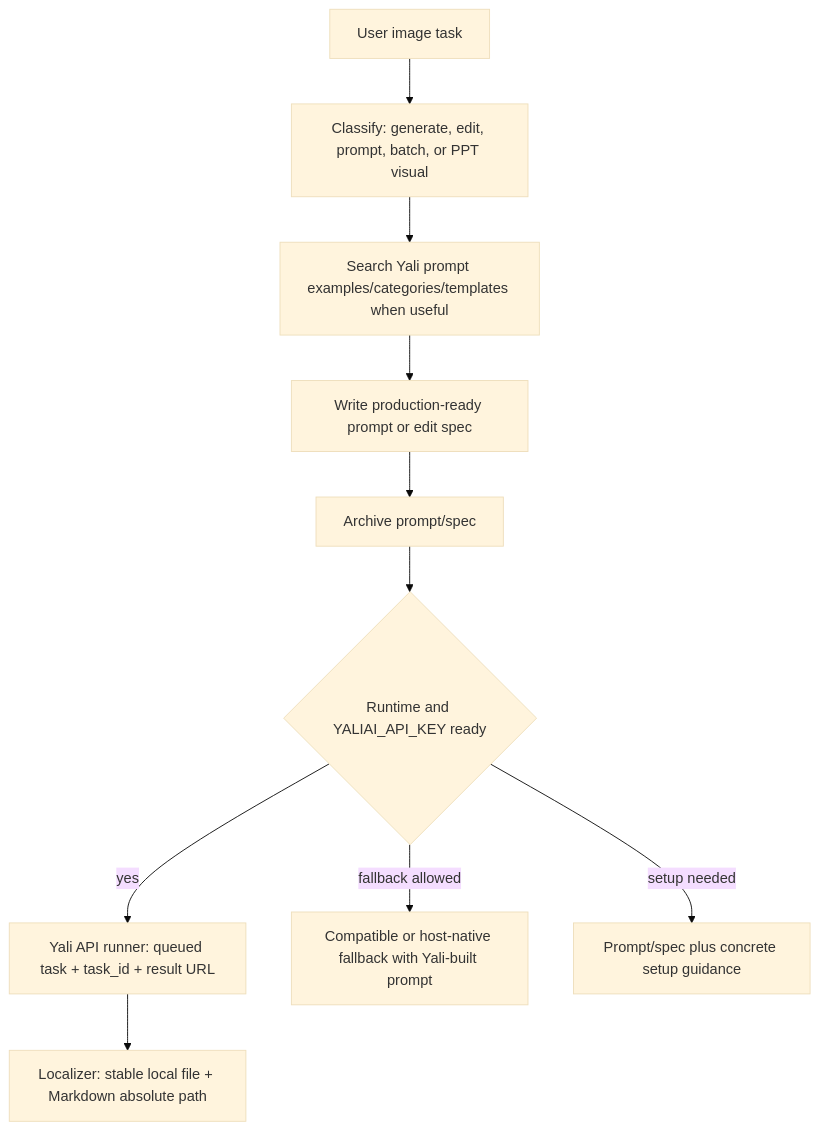
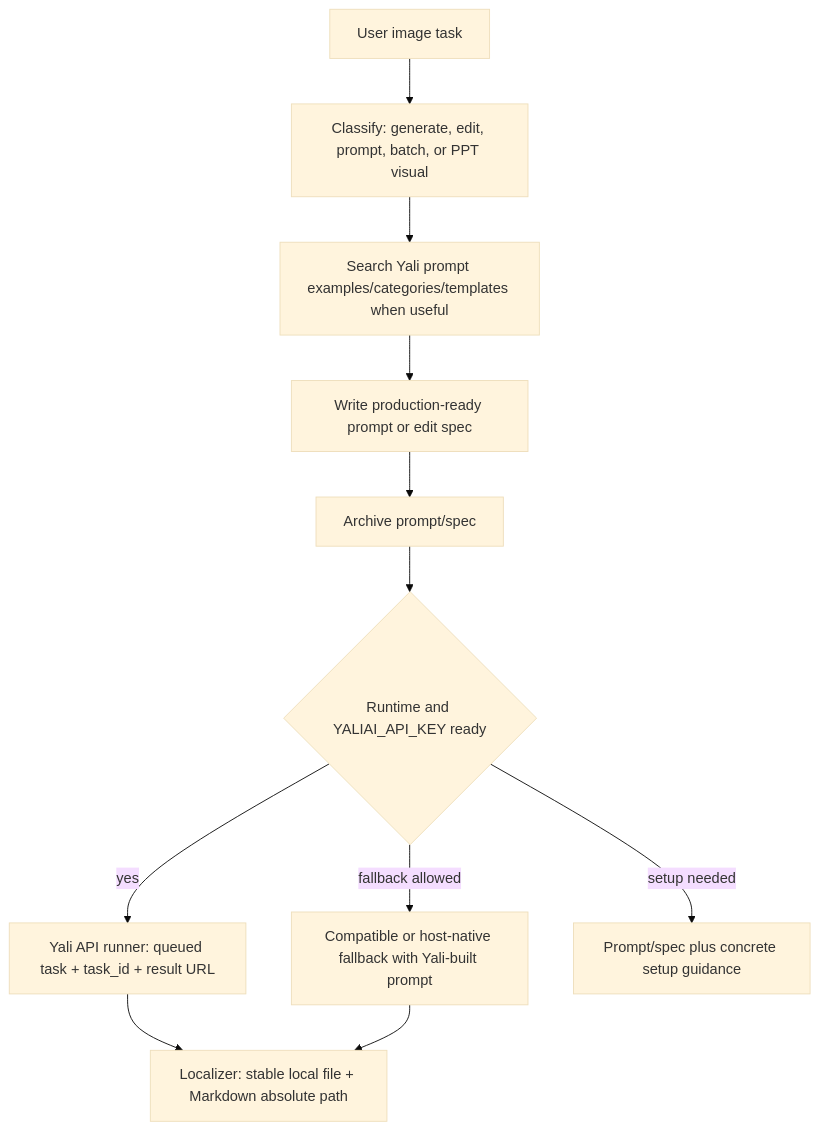
Before and after one commit to pptt121212/yaliai-gpt-image-2-inspiration: the diagram in README.md, drawn with Mermaid (base theme). The commit also changed other lines of this file and 13 other files, not shown here.

````diff
--- a/README.md
+++ b/README.md
@@ -144,12 +144,13 @@
 ```mermaid
 flowchart TD
   A["User image task"] --> B["Classify: generate, edit, prompt, batch, or PPT visual"]
   B --> C["Search Yali prompt examples/categories/templates when useful"]
   C --> D["Write production-ready prompt or edit spec"]
   D --> E["Archive prompt/spec"]
   E --> F{"Runtime and YALIAI_API_KEY ready"}
   F -->|yes| G["Yali API runner: queued task + task_id + result URL"]
   G --> H["Localizer: stable local file + Markdown absolute path"]
   F -->|fallback allowed| I["Compatible or host-native fallback with Yali-built prompt"]
+  I --> H
   F -->|setup needed| J["Prompt/spec plus concrete setup guidance"]
 ```
````
